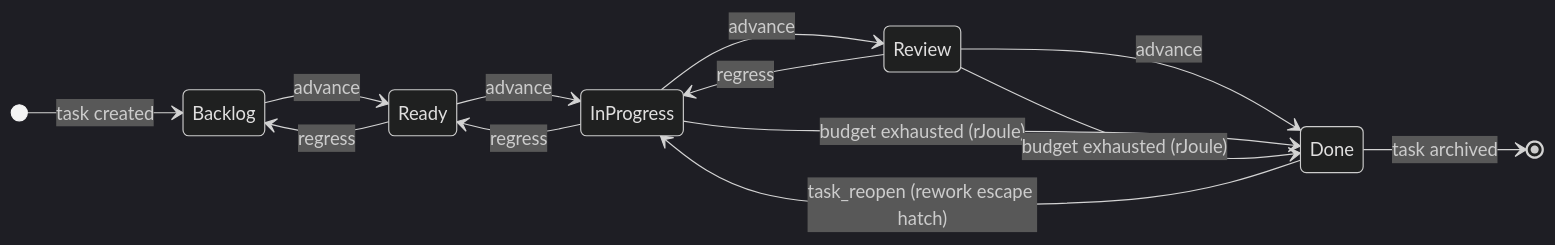
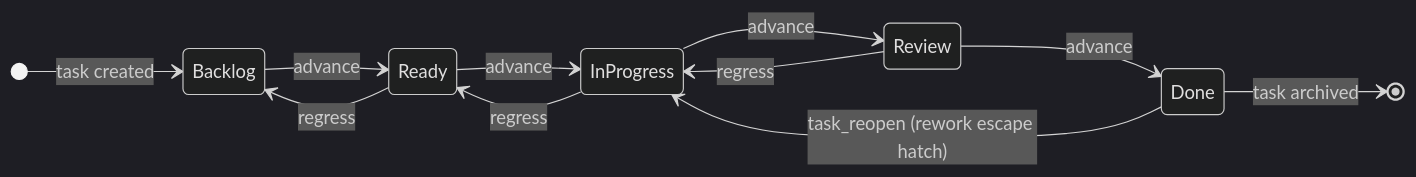
Before and after one commit to mdz-axo/zed-kask: the first of 2 diagrams in kask/docs/diagrams/kanban.md, drawn with Mermaid (dark theme). The commit also changed other lines of this file and 29 other files, not shown here.

````diff
--- a/kask/docs/diagrams/kanban.md
+++ b/kask/docs/diagrams/kanban.md
@@ -40,16 +36,14 @@
 ```mermaid
 stateDiagram-v2
     direction LR
     [*] --> Backlog : task created
     Backlog --> Ready : advance
     Ready --> Backlog : regress
     Ready --> InProgress : advance
     InProgress --> Ready : regress
     InProgress --> Review : advance
     Review --> InProgress : regress
     Review --> Done : advance
     Done --> InProgress : task_reopen (rework escape hatch)
-    InProgress --> Done : budget exhausted (rJoule)
-    Review --> Done : budget exhausted (rJoule)
     Done --> [*] : task archived
 ```
````
